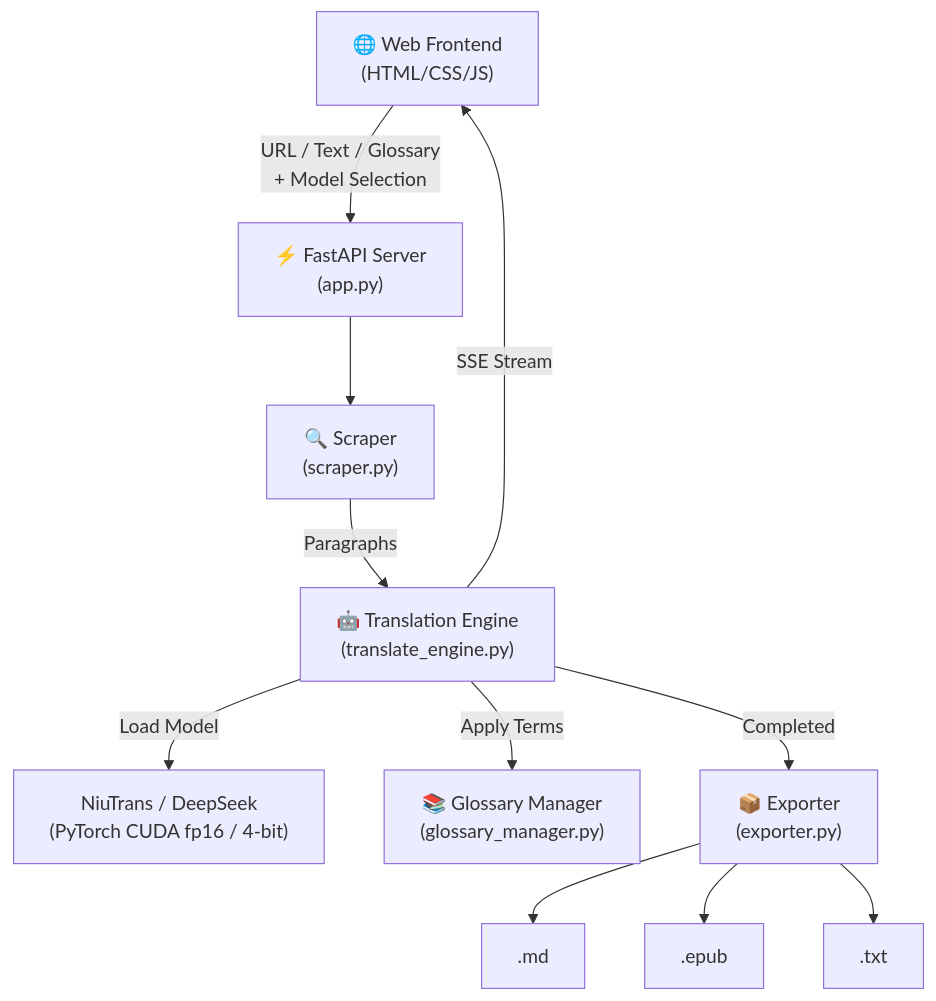
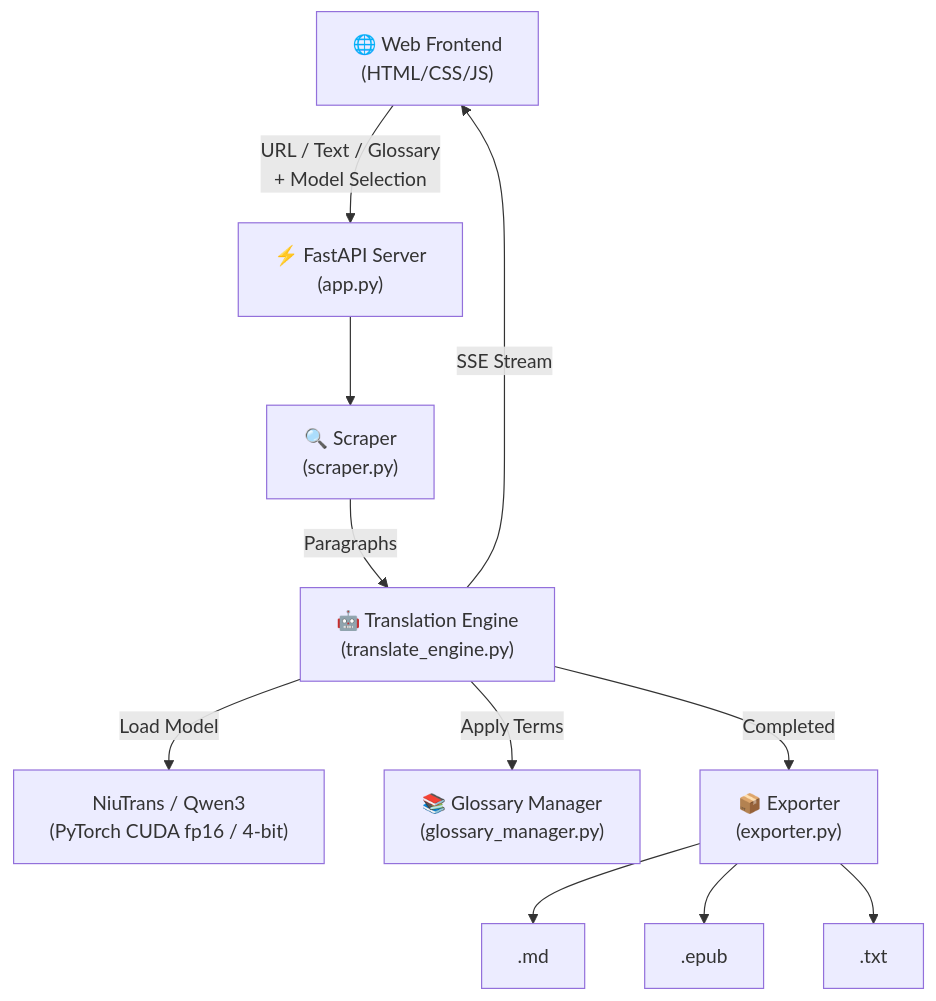
Before and after one commit to chqng14/vietnovel-ai-translator: the diagram in README.md, drawn with Mermaid. The commit also changed other lines of this file and 8 other files, not shown here.

````diff
--- a/README.md
+++ b/README.md
@@ -292,13 +320,13 @@
 ```mermaid
 graph TD
     A["🌐 Web Frontend<br/>(HTML/CSS/JS)"] -->|"URL / Text / Glossary<br/>+ Model Selection"| B["⚡ FastAPI Server<br/>(app.py)"]
     B --> C["🔍 Scraper<br/>(scraper.py)"]
     C -->|"Paragraphs"| D["🤖 Translation Engine<br/>(translate_engine.py)"]
-    D -->|"Load Model"| E["NiuTrans / DeepSeek<br/>(PyTorch CUDA fp16 / 4-bit)"]
+    D -->|"Load Model"| E["NiuTrans / Qwen3<br/>(PyTorch CUDA fp16 / 4-bit)"]
     D -->|"Apply Terms"| F["📚 Glossary Manager<br/>(glossary_manager.py)"]
     D -->|"SSE Stream"| A
     D -->|"Completed"| G["📦 Exporter<br/>(exporter.py)"]
     G --> H[".md"]
     G --> I[".epub"]
     G --> J[".txt"]
 ```
````
